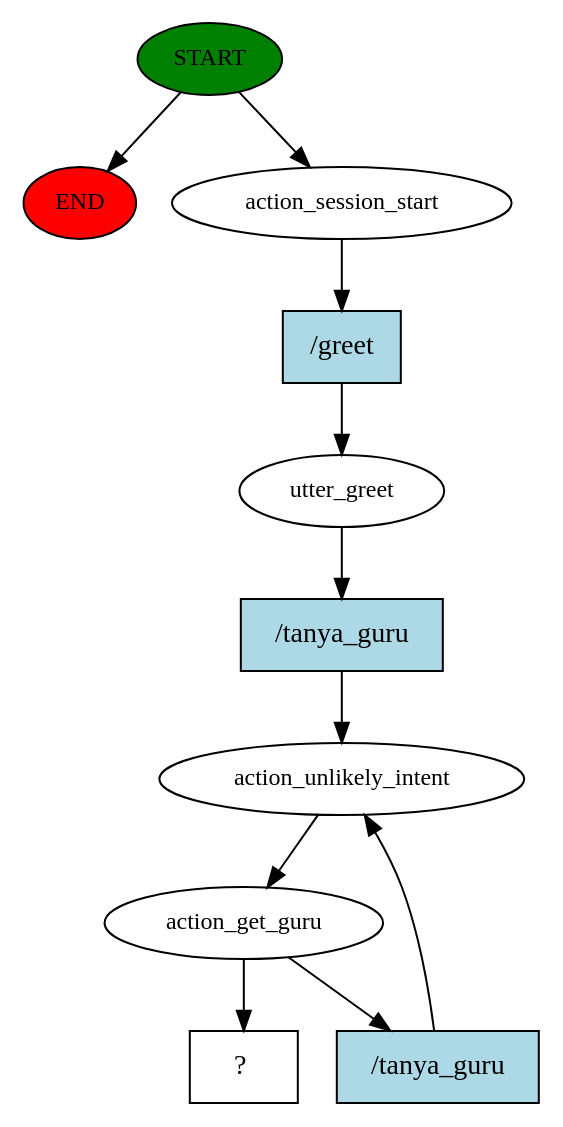
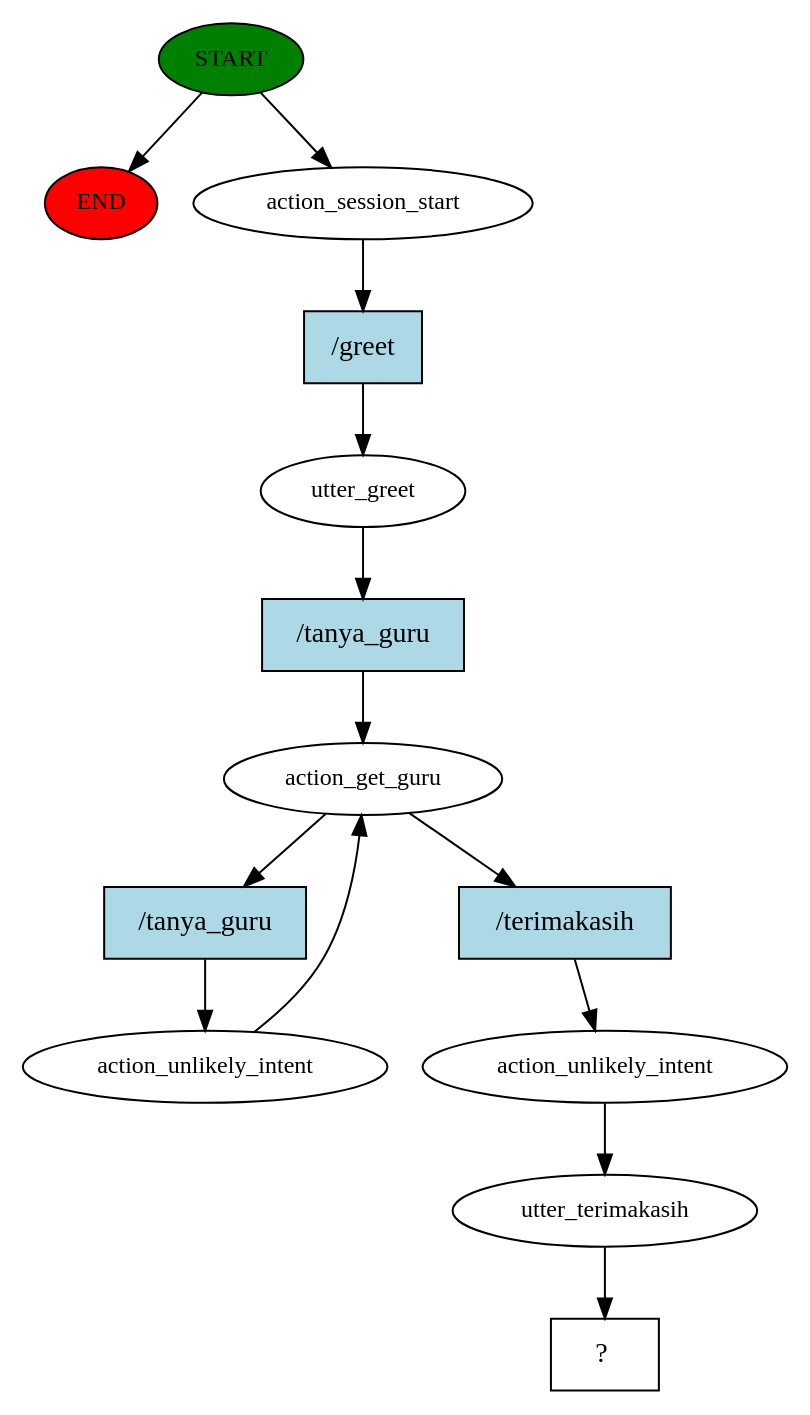
Before and after one commit to Ardika000/RASA-AI-DITA_BOT: the diagram in story_graph.dot, drawn with Graphviz. The commit also changed 90 other files, not shown here.

```diff
--- a/story_graph.dot
+++ b/story_graph.dot
@@ -1,22 +1,28 @@
 digraph  {
 0 [class="start active", fillcolor=green, fontsize=12, label=START, style=filled];
 "-1" [class=end, fillcolor=red, fontsize=12, label=END, style=filled];
 1 [class=active, fontsize=12, label=action_session_start];
 2 [class=active, fontsize=12, label=utter_greet];
-3 [class=active, fontsize=12, label=action_unlikely_intent];
-4 [class=active, fontsize=12, label=action_get_guru];
-7 [class="intent dashed active", label="  ?  ", shape=rect];
-8 [class="intent active", fillcolor=lightblue, label="/greet", shape=rect, style=filled];
-9 [class="intent active", fillcolor=lightblue, label="/tanya_guru", shape=rect, style=filled];
+3 [class=active, fontsize=12, label=action_get_guru];
+4 [class=active, fontsize=12, label=action_unlikely_intent];
+6 [class=active, fontsize=12, label=action_unlikely_intent];
+7 [class=active, fontsize=12, label=utter_terimakasih];
+8 [class="intent dashed active", label="  ?  ", shape=rect];
+9 [class="intent active", fillcolor=lightblue, label="/greet", shape=rect, style=filled];
 10 [class="intent active", fillcolor=lightblue, label="/tanya_guru", shape=rect, style=filled];
+11 [class="intent active", fillcolor=lightblue, label="/tanya_guru", shape=rect, style=filled];
+12 [class="intent active", fillcolor=lightblue, label="/terimakasih", shape=rect, style=filled];
 0 -> "-1"  [class="", key=NONE, label=""];
 0 -> 1  [class=active, key=NONE, label=""];
-1 -> 8  [class=active, key=0];
-2 -> 9  [class=active, key=0];
-3 -> 4  [class=active, key=NONE, label=""];
-4 -> 7  [class=active, key=NONE, label=""];
-4 -> 10  [class=active, key=0];
-8 -> 2  [class=active, key=0];
-9 -> 3  [class=active, key=0];
+1 -> 9  [class=active, key=0];
+2 -> 10  [class=active, key=0];
+3 -> 11  [class=active, key=0];
+3 -> 12  [class=active, key=0];
+4 -> 3  [class=active, key=NONE, label=""];
+6 -> 7  [class=active, key=NONE, label=""];
+7 -> 8  [class=active, key=NONE, label=""];
+9 -> 2  [class=active, key=0];
 10 -> 3  [class=active, key=0];
+11 -> 4  [class=active, key=0];
+12 -> 6  [class=active, key=0];
 }
```
